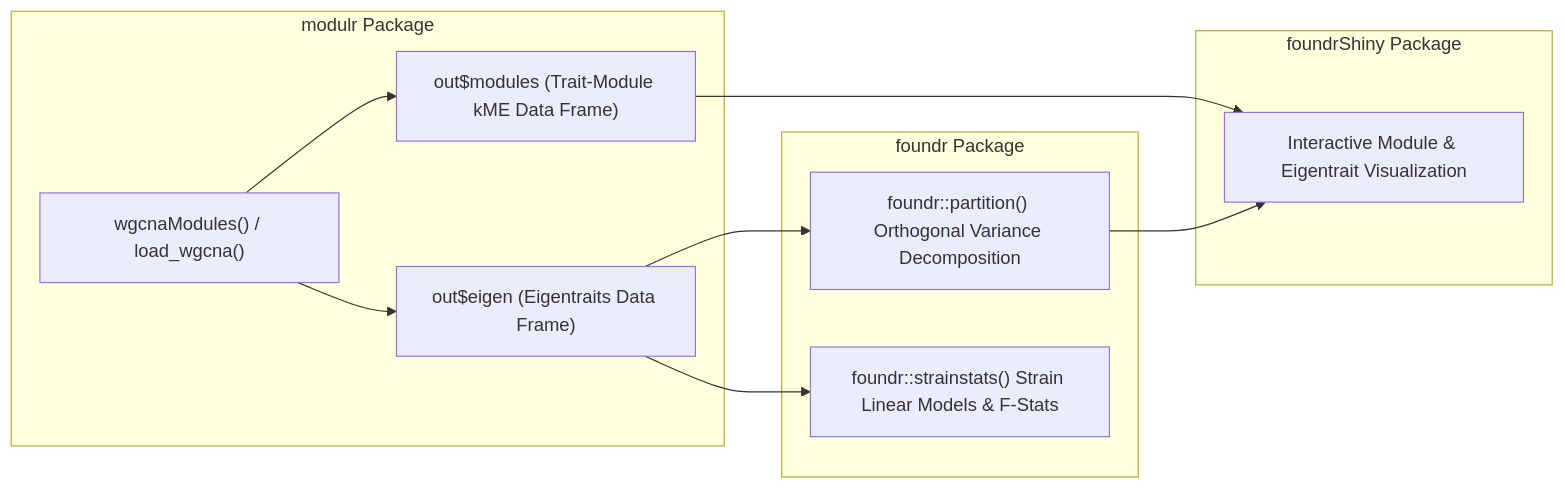
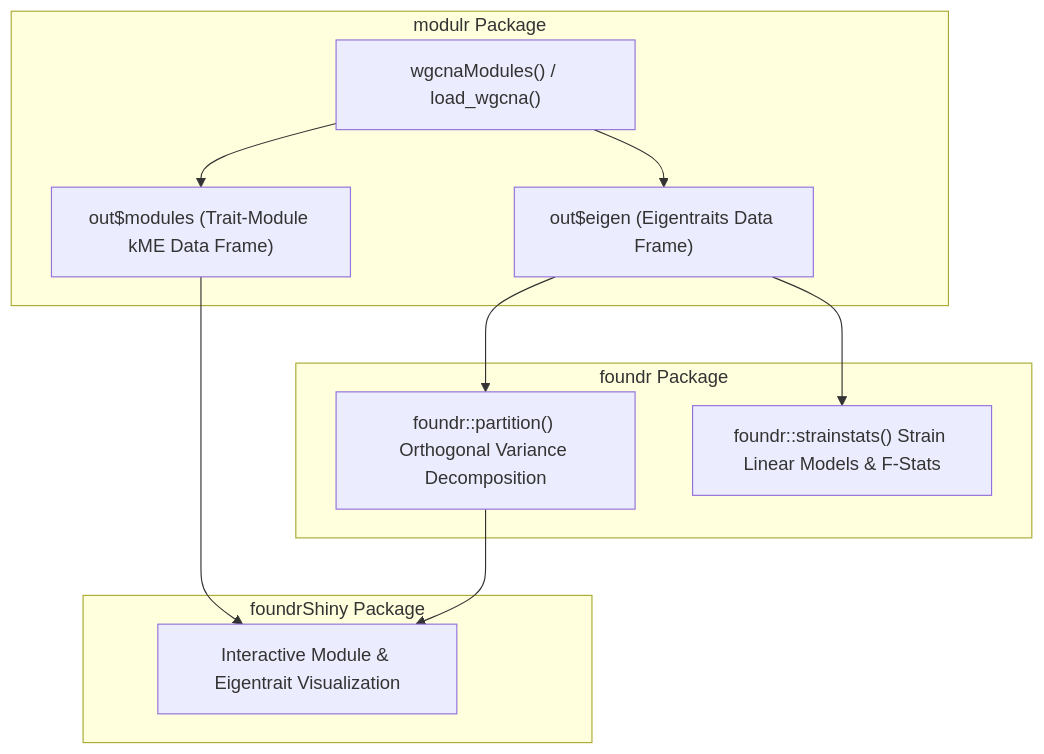
Before and after one commit to byandell-sysgen/modulr: the diagram in vignettes/devel_guide/modules.Rmd, drawn with Mermaid.

Commit message:
vertical mermaid

````diff
--- a/vignettes/devel_guide/modules.Rmd
+++ b/vignettes/devel_guide/modules.Rmd
@@ -32,24 +32,24 @@
 ```mermaid
-flowchart LR
+flowchart TD
     subgraph modulrPkg ["modulr Package"]
         wgcnaMod["wgcnaModules() / load_wgcna()"]
         eigenExtract["out$eigen (Eigentraits Data Frame)"]
         kMEExtract["out$modules (Trait-Module kME Data Frame)"]
         wgcnaMod --> eigenExtract
         wgcnaMod --> kMEExtract
     end
 
     subgraph foundrPkg ["foundr Package"]
         partition["foundr::partition() Orthogonal Variance Decomposition"]
         stats["foundr::strainstats() Strain Linear Models & F-Stats"]
     end
 
     subgraph shinyPkg ["foundrShiny Package"]
         dashboard["Interactive Module & Eigentrait Visualization"]
     end
 
     eigenExtract --> partition
     eigenExtract --> stats
     kMEExtract --> dashboard
     partition --> dashboard
 ```
````
